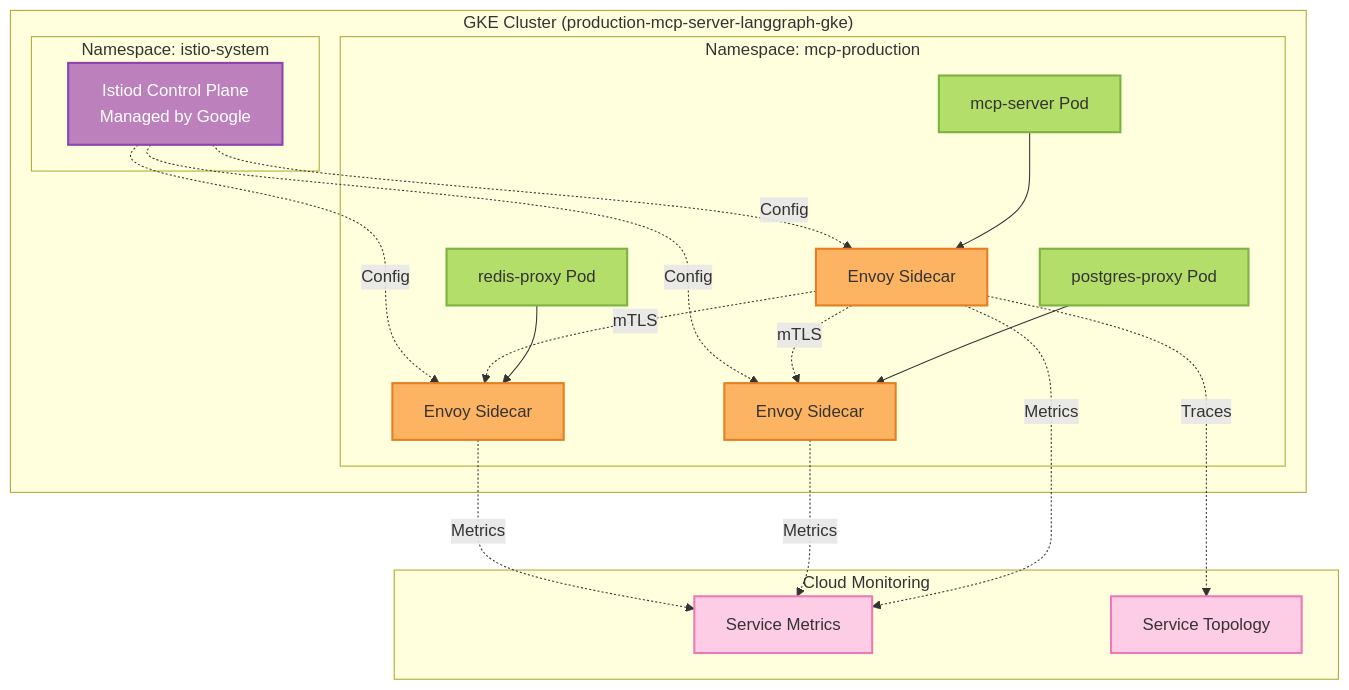
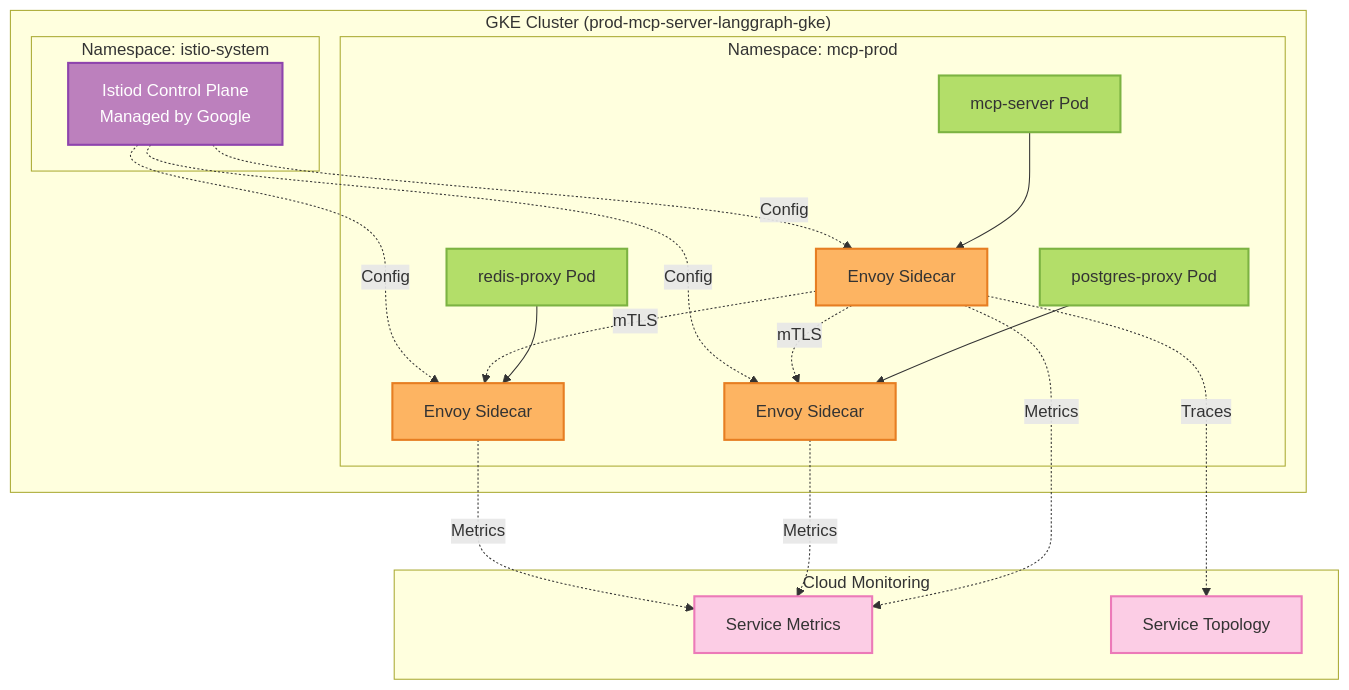
Before and after one commit to vishnu2kmohan/mcp-server-langgraph: the diagram in docs/deployment/service-mesh.mdx, drawn with Mermaid. The commit also changed other lines of this file and 500 other files, not shown here.

````diff
--- a/docs/deployment/service-mesh.mdx
+++ b/docs/deployment/service-mesh.mdx
@@ -92,50 +92,50 @@
 ```mermaid
 flowchart TB
-    subgraph "GKE Cluster (production-mcp-server-langgraph-gke)"
+    subgraph "GKE Cluster (prod-mcp-server-langgraph-gke)"
         subgraph "Namespace: istio-system"
             CP[Istiod Control Plane<br/>Managed by Google]
         end
 
-        subgraph "Namespace: mcp-production"
+        subgraph "Namespace: mcp-prod"
             A[mcp-server Pod]
             A1[Envoy Sidecar]
             B[postgres-proxy Pod]
             B1[Envoy Sidecar]
             C[redis-proxy Pod]
             C1[Envoy Sidecar]
         end
 
         A --> A1
         B --> B1
         C --> C1
 
         A1 -.mTLS.-> B1
         A1 -.mTLS.-> C1
 
         CP -.Config.-> A1
         CP -.Config.-> B1
         CP -.Config.-> C1
     end
 
     subgraph "Cloud Monitoring"
         M[Service Metrics]
         T[Service Topology]
     end
 
     A1 -.Metrics.-> M
     B1 -.Metrics.-> M
     C1 -.Metrics.-> M
 
     A1 -.Traces.-> T
 
     %% ColorBrewer2 Set3 palette - each component type uniquely colored
     classDef controlPlaneStyle fill:#bc80bd,stroke:#8e44ad,stroke-width:2px,color:#fff
     classDef appPodStyle fill:#b3de69,stroke:#7cb342,stroke-width:2px,color:#333
     classDef sidecarStyle fill:#fdb462,stroke:#e67e22,stroke-width:2px,color:#333
     classDef monitoringStyle fill:#fccde5,stroke:#ec7ab8,stroke-width:2px,color:#333
 
     class CP controlPlaneStyle
     class A,B,C appPodStyle
     class A1,B1,C1 sidecarStyle
     class M,T monitoringStyle
 ```
````
